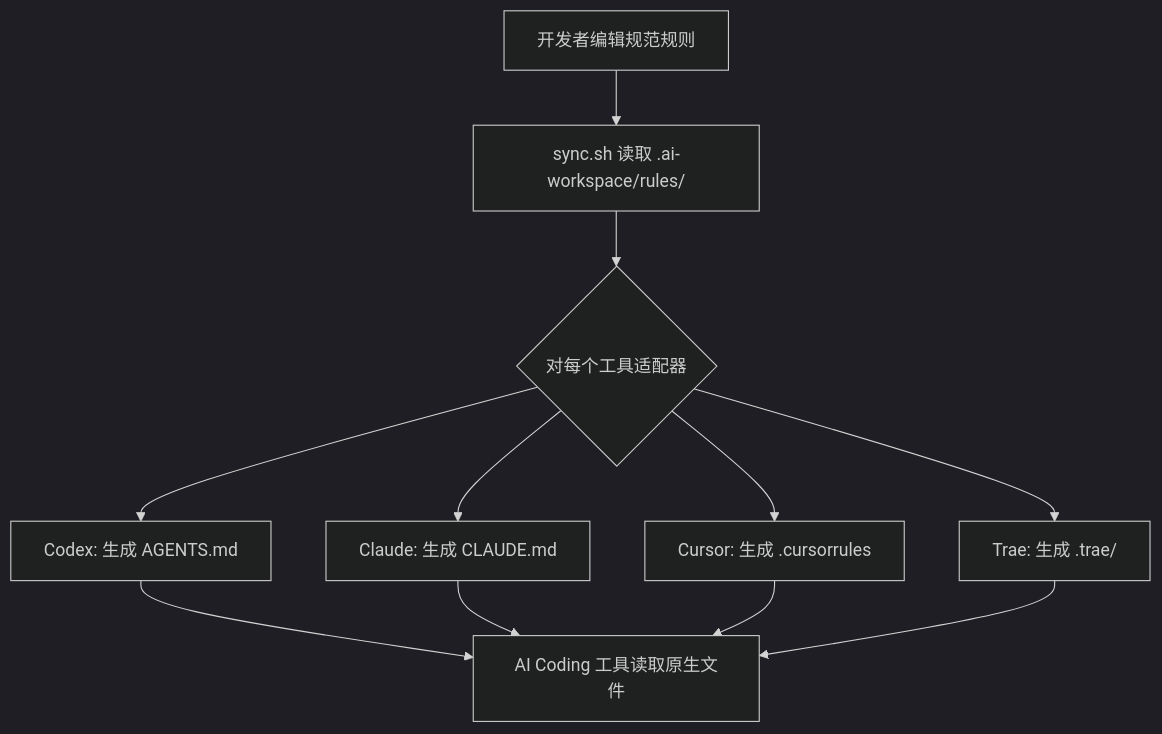
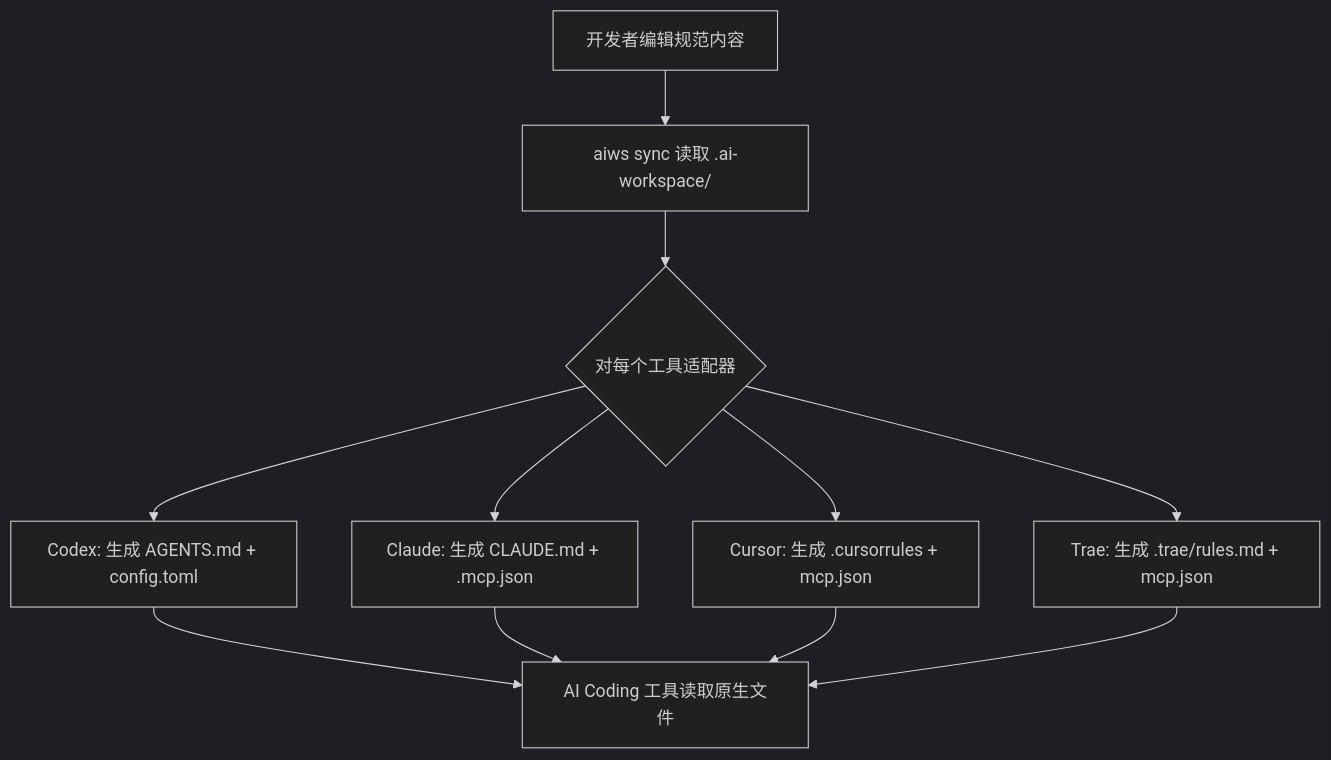
Before and after one commit to ImperfectXuan/ai-management: the first of 2 diagrams in docs/ARCHITECTURE.zh-CN.md, drawn with Mermaid (dark theme). The commit also changed other lines of this file and 88 other files, not shown here.

````diff
--- a/docs/ARCHITECTURE.zh-CN.md
+++ b/docs/ARCHITECTURE.zh-CN.md
@@ -49,13 +63,13 @@
 ```mermaid
 graph TD
-    A[开发者编辑规范规则] --> B[sync.sh 读取 .ai-workspace/rules/]
+    A[开发者编辑规范内容] --> B[aiws sync 读取 .ai-workspace/]
     B --> C{对每个工具适配器}
-    C --> D[Codex: 生成 AGENTS.md]
-    C --> E[Claude: 生成 CLAUDE.md]
-    C --> F[Cursor: 生成 .cursorrules]
-    C --> G[Trae: 生成 .trae/]
+    C --> D[Codex: 生成 AGENTS.md + config.toml]
+    C --> E[Claude: 生成 CLAUDE.md + .mcp.json]
+    C --> F[Cursor: 生成 .cursorrules + mcp.json]
+    C --> G[Trae: 生成 .trae/rules.md + mcp.json]
     D --> H[AI Coding 工具读取原生文件]
     E --> H
     F --> H
     G --> H
 ```
````
